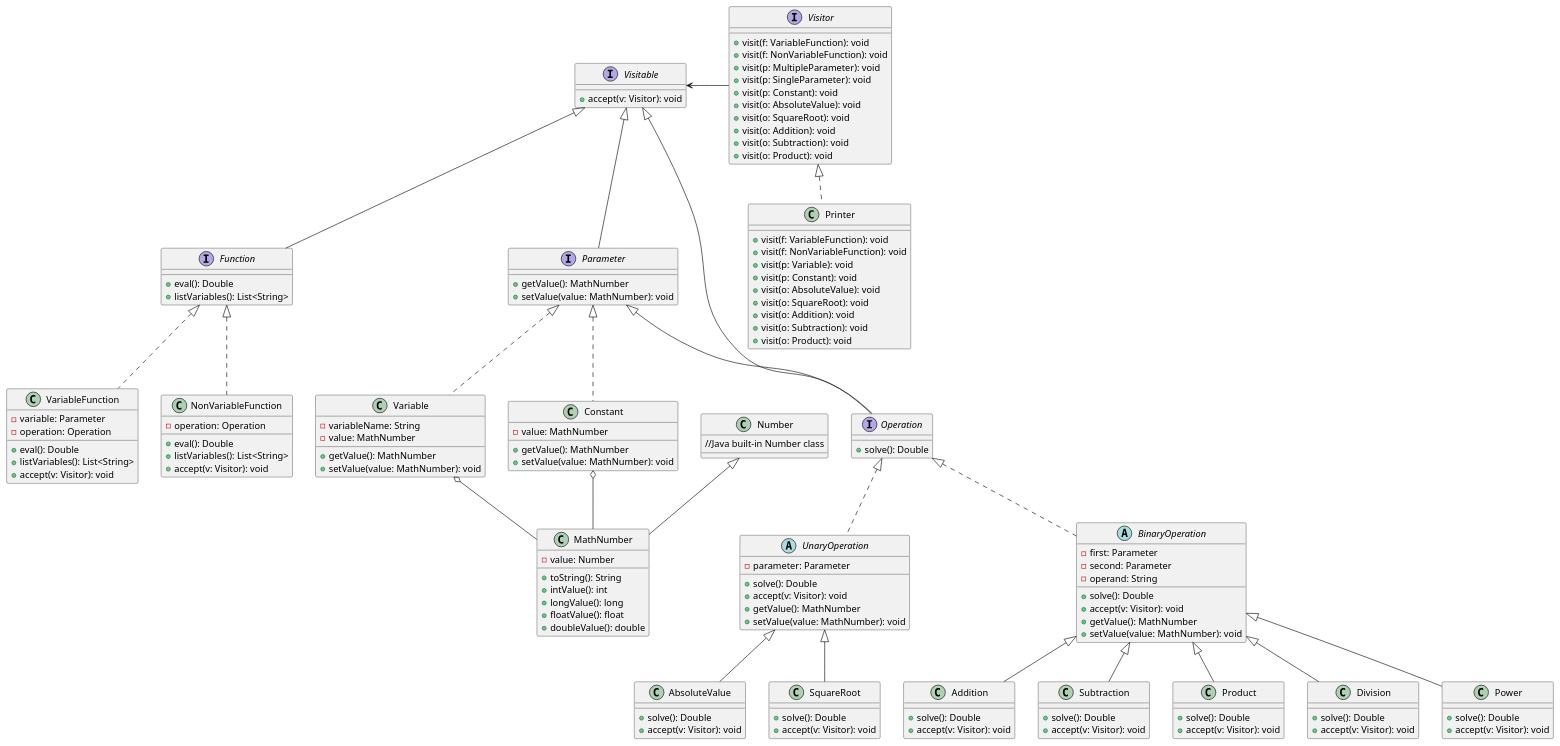
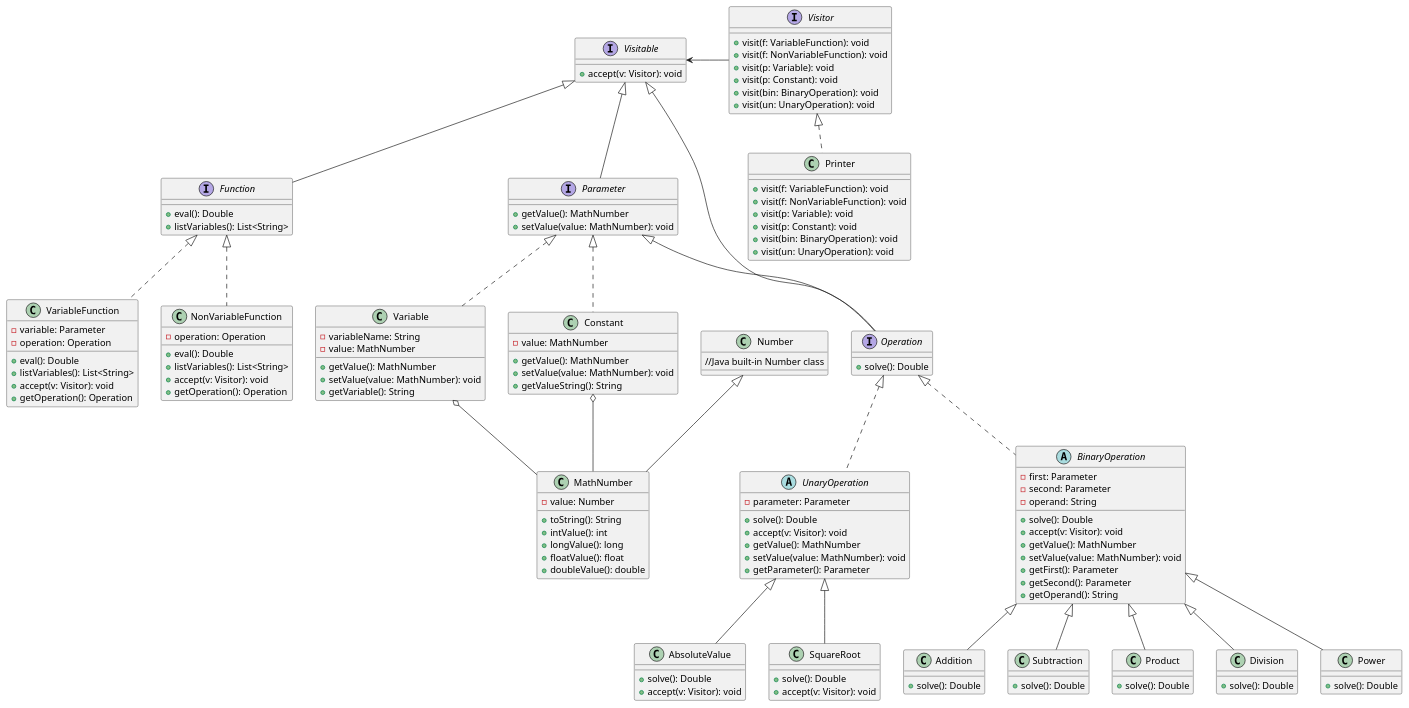
Before and after one commit to austral-ingsis-classroom/formula-FranCalveyra: the diagram in diagrams/Functions.puml, drawn with PlantUML. The commit also changed 18 other files, not shown here.

```diff
--- a/diagrams/Functions.puml
+++ b/diagrams/Functions.puml
@@ -1,143 +1,139 @@
 @startuml
 interface Visitable{
 +accept(v: Visitor): void
 }
 interface Visitor{
 +visit(f: VariableFunction): void
 +visit(f: NonVariableFunction): void
-+visit(p: MultipleParameter): void
-+visit(p: SingleParameter): void
++visit(p: Variable): void
 +visit(p: Constant): void
-+visit(o: AbsoluteValue): void
-+visit(o: SquareRoot): void
-+visit(o: Addition): void
-+visit(o: Subtraction): void
-+visit(o: Product): void
++visit(bin: BinaryOperation): void
++visit(un: UnaryOperation): void
 }
 
 class Printer implements Visitor{
 +visit(f: VariableFunction): void
 +visit(f: NonVariableFunction): void
 +visit(p: Variable): void
 +visit(p: Constant): void
-+visit(o: AbsoluteValue): void
-+visit(o: SquareRoot): void
-+visit(o: Addition): void
-+visit(o: Subtraction): void
-+visit(o: Product): void
++visit(bin: BinaryOperation): void
++visit(un: UnaryOperation): void
 }
 
 
 interface Function extends Visitable{
 +eval(): Double
 +listVariables(): List<String>
 }
 class VariableFunction implements Function{
 -variable: Parameter
 -operation: Operation
 +eval(): Double
 +listVariables(): List<String>
 +accept(v: Visitor): void
++getOperation(): Operation
 }
 class NonVariableFunction implements Function{
 -operation: Operation
 +eval(): Double
 +listVariables(): List<String>
 +accept(v: Visitor): void
++getOperation(): Operation
 }
 
 interface Parameter extends Visitable{
 +getValue(): MathNumber
 +setValue(value: MathNumber): void
 }
 
 class Variable implements Parameter{
 -variableName: String
 -value: MathNumber
 +getValue(): MathNumber
 +setValue(value: MathNumber): void
++getVariable(): String
 }
 
 class Constant implements Parameter{
 -value: MathNumber
 +getValue(): MathNumber
 +setValue(value: MathNumber): void
++getValueString(): String
 }
 
 interface Operation extends Visitable, Parameter{
 +solve(): Double
 }
 
 abstract class UnaryOperation implements Operation{
 -parameter: Parameter
 +solve(): Double
 +accept(v: Visitor): void
 +getValue(): MathNumber
 +setValue(value: MathNumber): void
++getParameter(): Parameter
 }
 
 abstract class BinaryOperation implements Operation{
 -first: Parameter
 -second: Parameter
 -operand: String
 +solve(): Double
 +accept(v: Visitor): void
 +getValue(): MathNumber
 +setValue(value: MathNumber): void
++getFirst(): Parameter
++getSecond(): Parameter
++getOperand(): String
 }
 
 class Addition extends BinaryOperation{
 +solve(): Double
-+accept(v: Visitor): void
 }
 class Subtraction extends BinaryOperation{
 +solve(): Double
-+accept(v: Visitor): void
 }
 class Product extends BinaryOperation{
 +solve(): Double
-+accept(v: Visitor): void
 }
 class Division extends BinaryOperation{
 +solve(): Double
-+accept(v: Visitor): void
 }
 class Power extends BinaryOperation{
 +solve(): Double
-+accept(v: Visitor): void
 }
 
 class AbsoluteValue extends UnaryOperation{
 +solve(): Double
 +accept(v: Visitor): void
 }
 class SquareRoot extends UnaryOperation{
 +solve(): Double
 +accept(v: Visitor): void
 }
 
 class Number {
 //Java built-in Number class
 }
 
 class MathNumber extends Number{
 -value: Number
 +toString(): String
 +intValue(): int
 +longValue(): long
 +floatValue(): float
 +doubleValue(): double
 }
 
 
 
 ' Functions receive ONE WORD OR LETTER,
 ' then they are single-variable
 
 ' Extras
 Visitable <-Visitor
 Variable o-- MathNumber
 Constant o-- MathNumber
 
 
 @enduml
```
